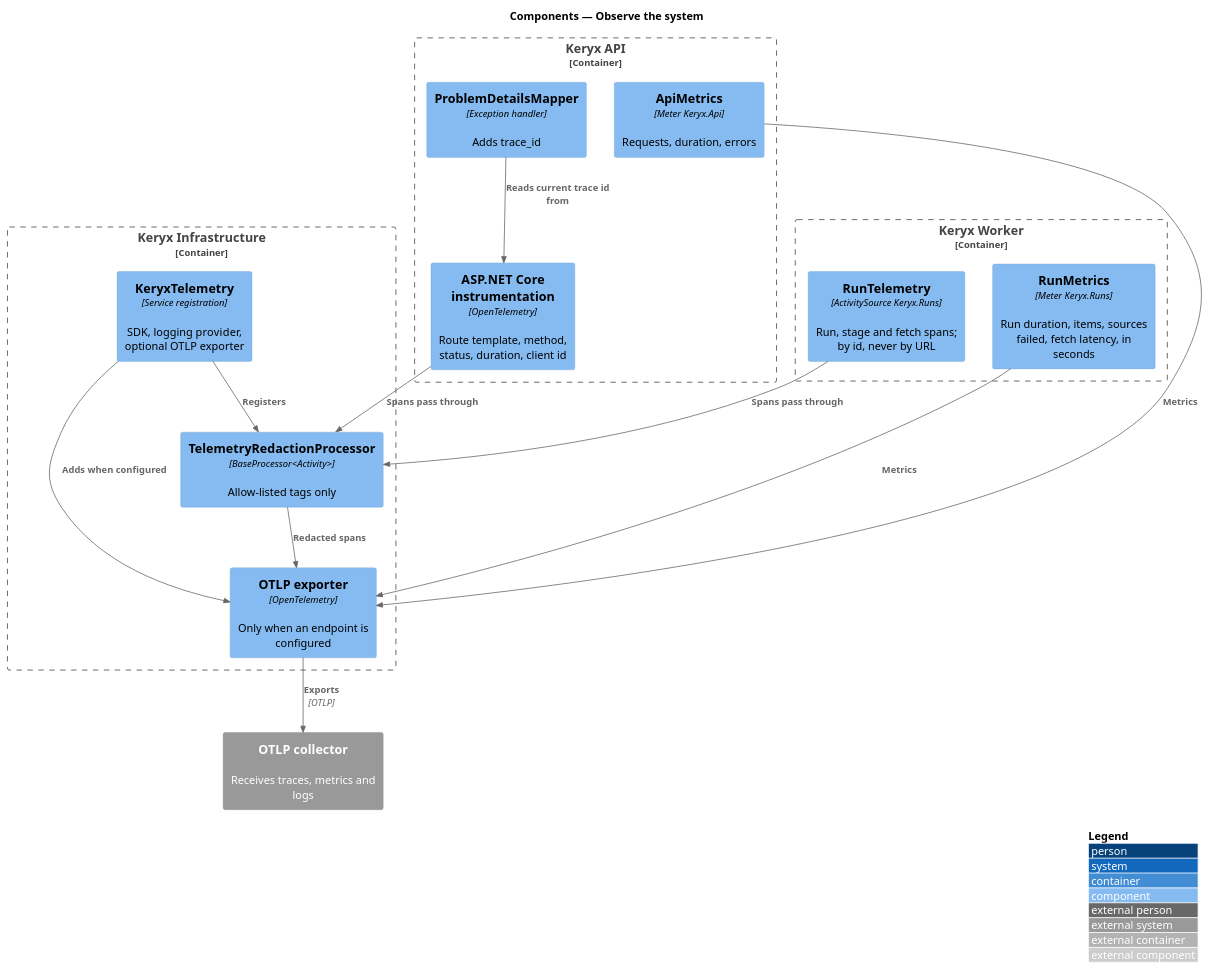
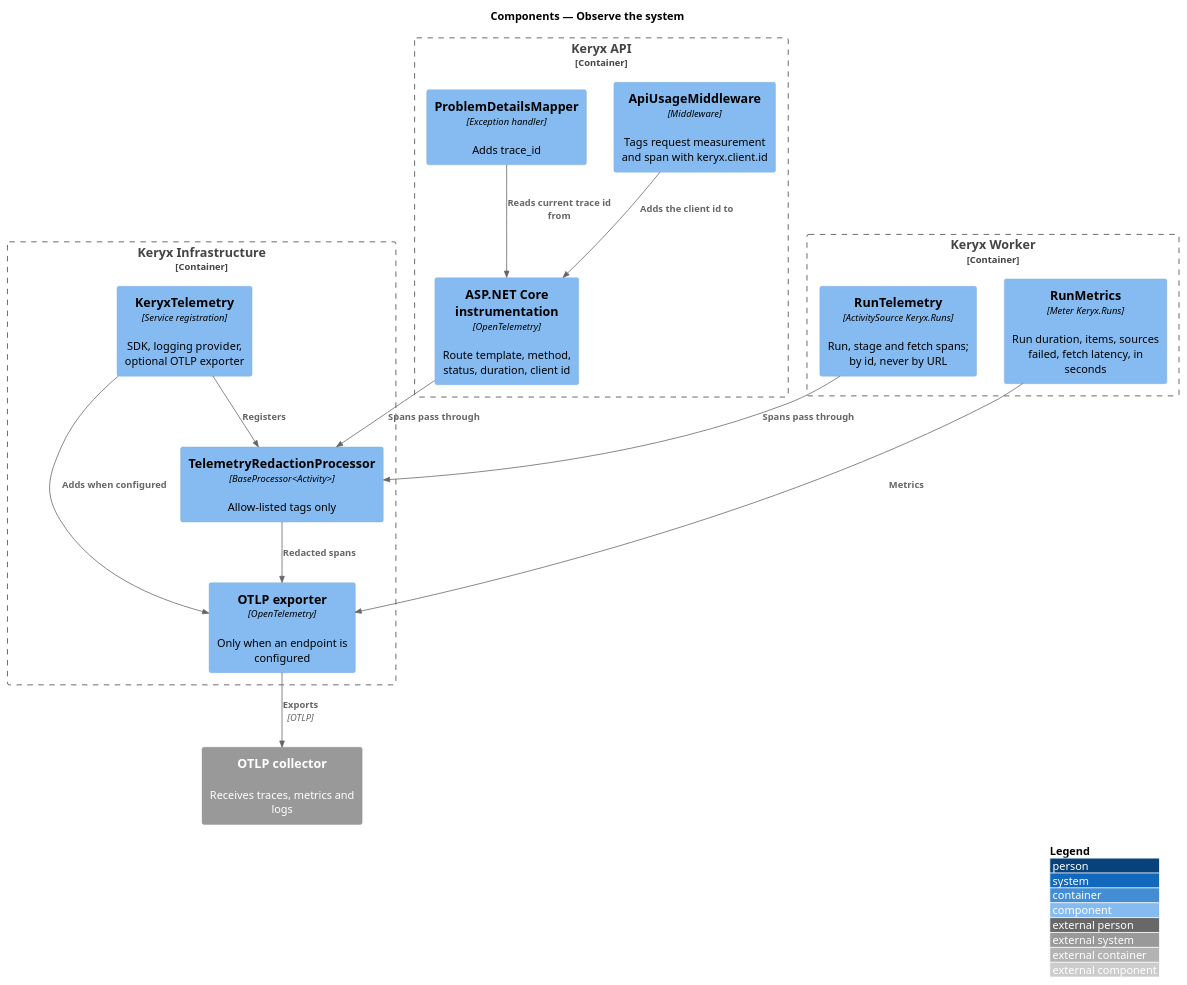
Before and after one commit to QuinntyneBrown/keryx: the diagram in docs/detailed-designs/operations/observe-the-system/diagrams/c4-component.puml, drawn with PlantUML. The commit also changed 10 other files, not shown here.

First line of the commit message:
Measure and trace consumer requests by route template and client

```diff
--- a/docs/detailed-designs/operations/observe-the-system/diagrams/c4-component.puml
+++ b/docs/detailed-designs/operations/observe-the-system/diagrams/c4-component.puml
@@ -1,31 +1,31 @@
 @startuml
 !include <C4/C4_Component>
 LAYOUT_WITH_LEGEND()
 title Components — Observe the system
 
 Container_Boundary(api, "Keryx API") {
   Component(aspnet, "ASP.NET Core instrumentation", "OpenTelemetry", "Route template, method, status, duration, client id")
-  Component(apim, "ApiMetrics", "Meter Keryx.Api", "Requests, duration, errors")
+  Component(apim, "ApiUsageMiddleware", "Middleware", "Tags request measurement and span with keryx.client.id")
   Component(pdm, "ProblemDetailsMapper", "Exception handler", "Adds trace_id")
 }
 Container_Boundary(worker, "Keryx Worker") {
   Component(colt, "RunTelemetry", "ActivitySource Keryx.Runs", "Run, stage and fetch spans; by id, never by URL")
   Component(colm, "RunMetrics", "Meter Keryx.Runs", "Run duration, items, sources failed, fetch latency, in seconds")
 }
 Container_Boundary(infra, "Keryx Infrastructure") {
   Component(setup, "KeryxTelemetry", "Service registration", "SDK, logging provider, optional OTLP exporter")
   Component(red, "TelemetryRedactionProcessor", "BaseProcessor<Activity>", "Allow-listed tags only")
   Component(exp, "OTLP exporter", "OpenTelemetry", "Only when an endpoint is configured")
 }
 System_Ext(otel, "OTLP collector", "Receives traces, metrics and logs")
 
 Rel(aspnet, red, "Spans pass through")
 Rel(colt, red, "Spans pass through")
 Rel(red, exp, "Redacted spans")
-Rel(apim, exp, "Metrics")
+Rel(apim, aspnet, "Adds the client id to")
 Rel(colm, exp, "Metrics")
 Rel(setup, red, "Registers")
 Rel(setup, exp, "Adds when configured")
 Rel(exp, otel, "Exports", "OTLP")
 Rel(pdm, aspnet, "Reads current trace id from")
 @enduml
```
